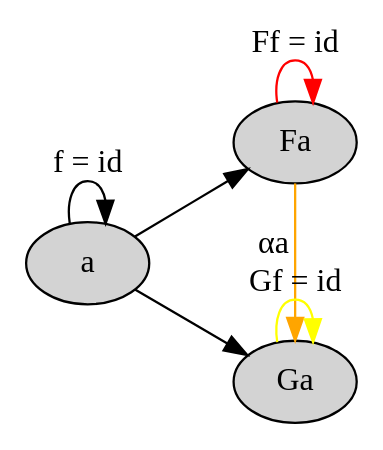
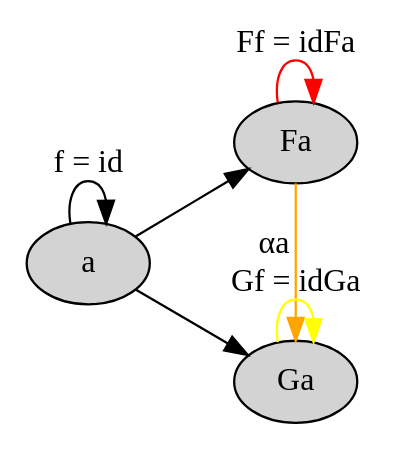
One commit to evenbrenden/ct4p-challenges changed the diagram in chapter17-challenge1-part5.dot. Above: the diagram before and after it, drawn with Graphviz. The commit also changed 14 other files, not shown here.

```diff
--- a/chapter17-challenge1-part5.dot
+++ b/chapter17-challenge1-part5.dot
@@ -1,18 +1,18 @@
 digraph {
   node [style="filled" color="black" fillcolor="lightgray"]
 
   rankdir=LR
   { rank=same a }
   { rank=same Fa Ga }
 
   a [label="a"]
   Fa [label="Fa"]
   Ga [label="Ga"]
 
   a -> a [label="f = id"]
   a -> Fa
   a -> Ga
-  Fa -> Fa [label="Ff = id" color="red"]
-  Ga -> Ga [label="Gf = id" color="yellow"]
+  Fa -> Fa [label="Ff = idFa" color="red"]
+  Ga -> Ga [label="Gf = idGa" color="yellow"]
   Fa -> Ga [xlabel="αa" color="orange"]
 }
```
